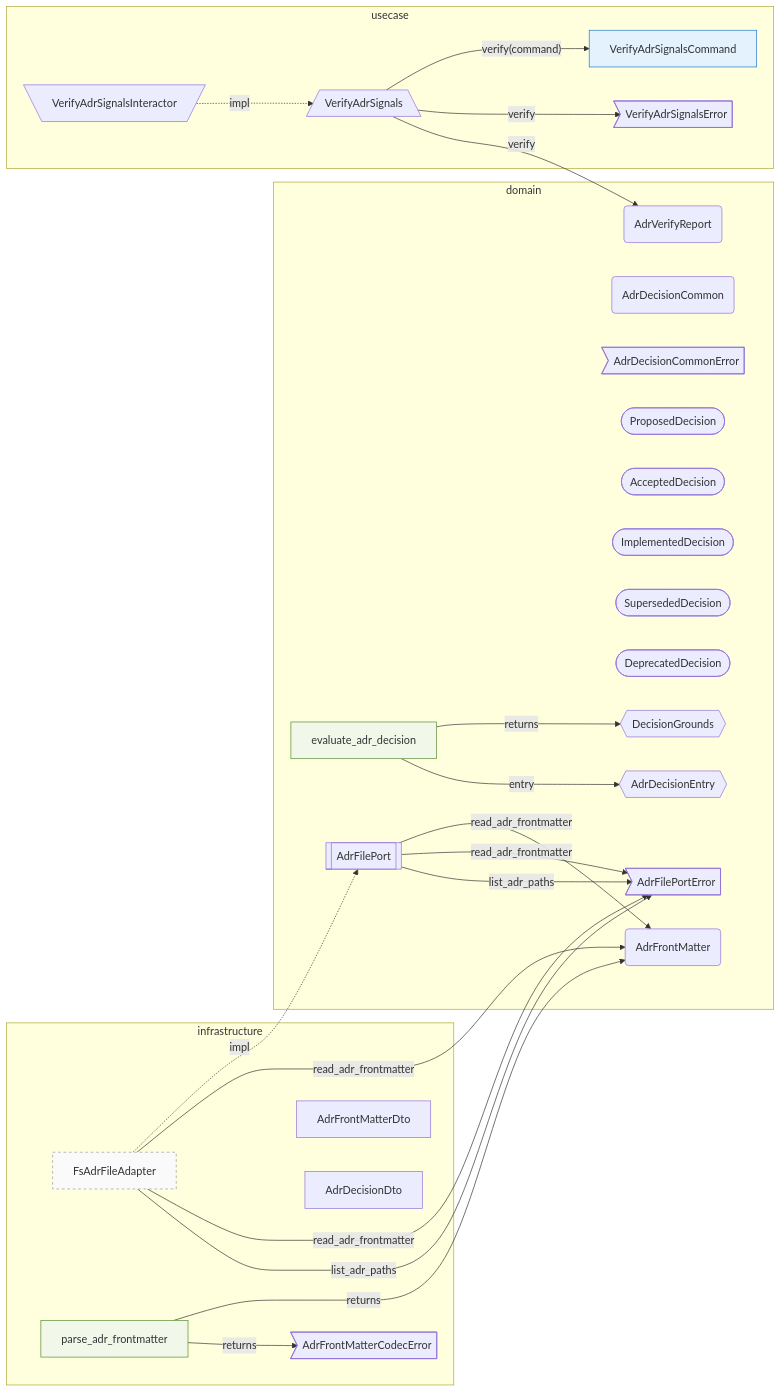
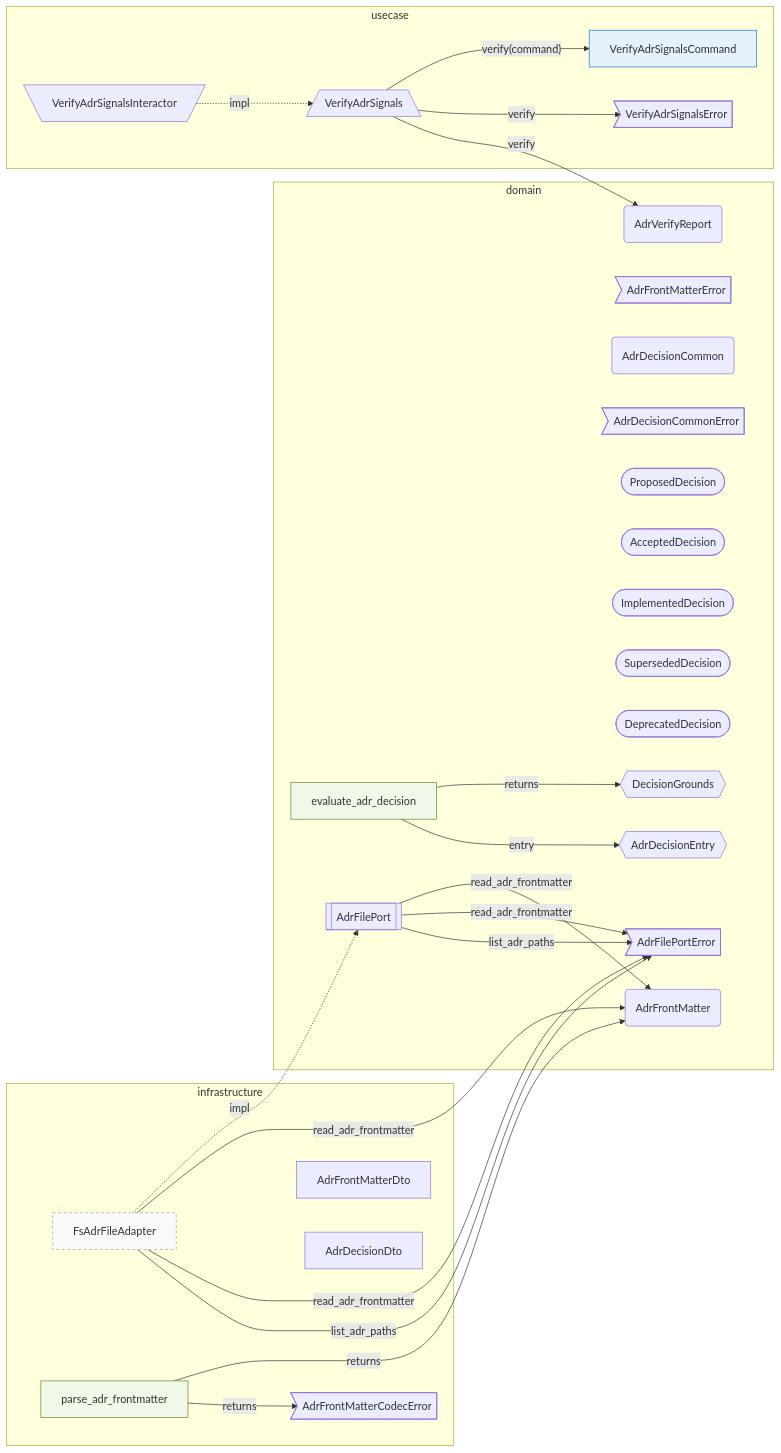
The diagram in track/items/adr-decision-traceability-lifecycle-2026-04-27/contract-map.md (Flip451/SoTOHE-core), drawn with Mermaid before and after one commit. The commit also changed 17 other files, not shown here.

First line of the commit message:
feat(domain): T002 — AdrFrontMatter / AdrVerifyReport / evaluate_adr_decision / AdrFilePort (WF-68)

````diff
--- a/track/items/adr-decision-traceability-lifecycle-2026-04-27/contract-map.md
+++ b/track/items/adr-decision-traceability-lifecycle-2026-04-27/contract-map.md
@@ -1,52 +1,53 @@
 ```mermaid
 flowchart LR
     classDef secondary_adapter fill:#fafafa,stroke:#999,stroke-dasharray: 4 4
     classDef command fill:#e3f2fd,stroke:#1976d2
     classDef query fill:#f3e5f5,stroke:#8e24aa
     classDef factory fill:#fff8e1,stroke:#f9a825
     classDef free_function fill:#f1f8e9,stroke:#558b2f
     subgraph domain [domain]
         L6_domain_AdrFrontMatter(AdrFrontMatter)
+        L6_domain_AdrFrontMatterError>AdrFrontMatterError]
         L6_domain_AdrDecisionCommon(AdrDecisionCommon)
         L6_domain_AdrDecisionCommonError>AdrDecisionCommonError]
         L6_domain_ProposedDecision([ProposedDecision])
         L6_domain_AcceptedDecision([AcceptedDecision])
         L6_domain_ImplementedDecision([ImplementedDecision])
         L6_domain_SupersededDecision([SupersededDecision])
         L6_domain_DeprecatedDecision([DeprecatedDecision])
         L6_domain_AdrDecisionEntry{{AdrDecisionEntry}}
         L6_domain_DecisionGrounds{{DecisionGrounds}}
         L6_domain_evaluate__adr__decision[evaluate_adr_decision]:::free_function
         L6_domain_AdrVerifyReport(AdrVerifyReport)
         L6_domain_AdrFilePortError>AdrFilePortError]
         L6_domain_AdrFilePort[[AdrFilePort]]
     end
     subgraph usecase [usecase]
         L7_usecase_VerifyAdrSignals[/VerifyAdrSignals\]
         L7_usecase_VerifyAdrSignalsCommand[VerifyAdrSignalsCommand]:::command
         L7_usecase_VerifyAdrSignalsInteractor[\VerifyAdrSignalsInteractor/]
         L7_usecase_VerifyAdrSignalsError>VerifyAdrSignalsError]
     end
     subgraph infrastructure [infrastructure]
         L14_infrastructure_FsAdrFileAdapter[FsAdrFileAdapter]:::secondary_adapter
         L14_infrastructure_parse__adr__frontmatter[parse_adr_frontmatter]:::free_function
         L14_infrastructure_AdrFrontMatterCodecError>AdrFrontMatterCodecError]
         L14_infrastructure_AdrFrontMatterDto[AdrFrontMatterDto]
         L14_infrastructure_AdrDecisionDto[AdrDecisionDto]
     end
     L14_infrastructure_FsAdrFileAdapter -->|"list_adr_paths"| L6_domain_AdrFilePortError
     L14_infrastructure_FsAdrFileAdapter -->|"read_adr_frontmatter"| L6_domain_AdrFilePortError
     L14_infrastructure_FsAdrFileAdapter -->|"read_adr_frontmatter"| L6_domain_AdrFrontMatter
     L14_infrastructure_FsAdrFileAdapter -.impl.-> L6_domain_AdrFilePort
     L14_infrastructure_parse__adr__frontmatter -->|"returns"| L14_infrastructure_AdrFrontMatterCodecError
     L14_infrastructure_parse__adr__frontmatter -->|"returns"| L6_domain_AdrFrontMatter
     L6_domain_AdrFilePort -->|"list_adr_paths"| L6_domain_AdrFilePortError
     L6_domain_AdrFilePort -->|"read_adr_frontmatter"| L6_domain_AdrFilePortError
     L6_domain_AdrFilePort -->|"read_adr_frontmatter"| L6_domain_AdrFrontMatter
     L6_domain_evaluate__adr__decision -->|"entry"| L6_domain_AdrDecisionEntry
     L6_domain_evaluate__adr__decision -->|"returns"| L6_domain_DecisionGrounds
     L7_usecase_VerifyAdrSignals -->|"verify"| L6_domain_AdrVerifyReport
     L7_usecase_VerifyAdrSignals -->|"verify"| L7_usecase_VerifyAdrSignalsError
     L7_usecase_VerifyAdrSignals -->|"verify(command)"| L7_usecase_VerifyAdrSignalsCommand
     L7_usecase_VerifyAdrSignalsInteractor -.impl.-> L7_usecase_VerifyAdrSignals
 ```
````
